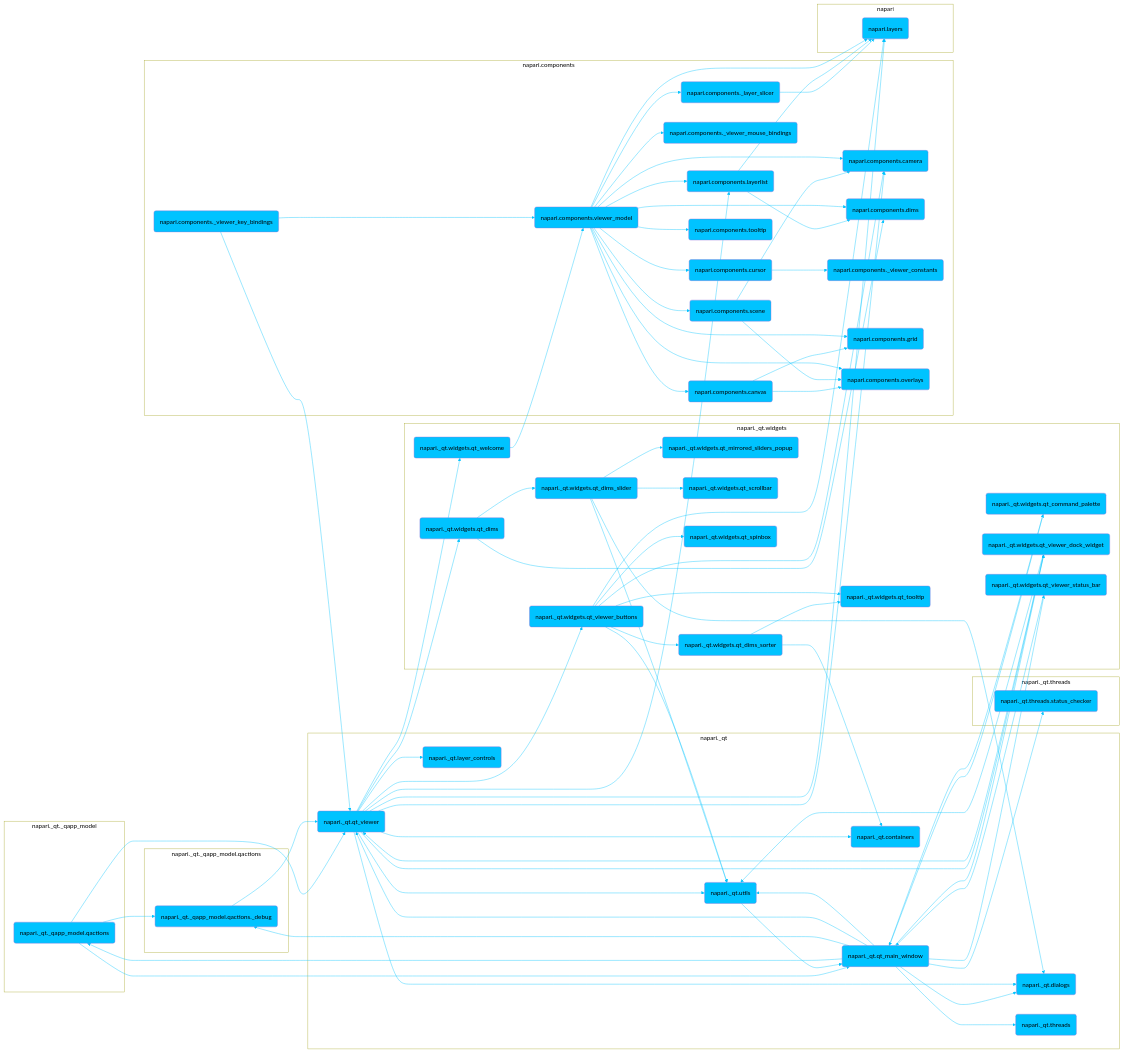
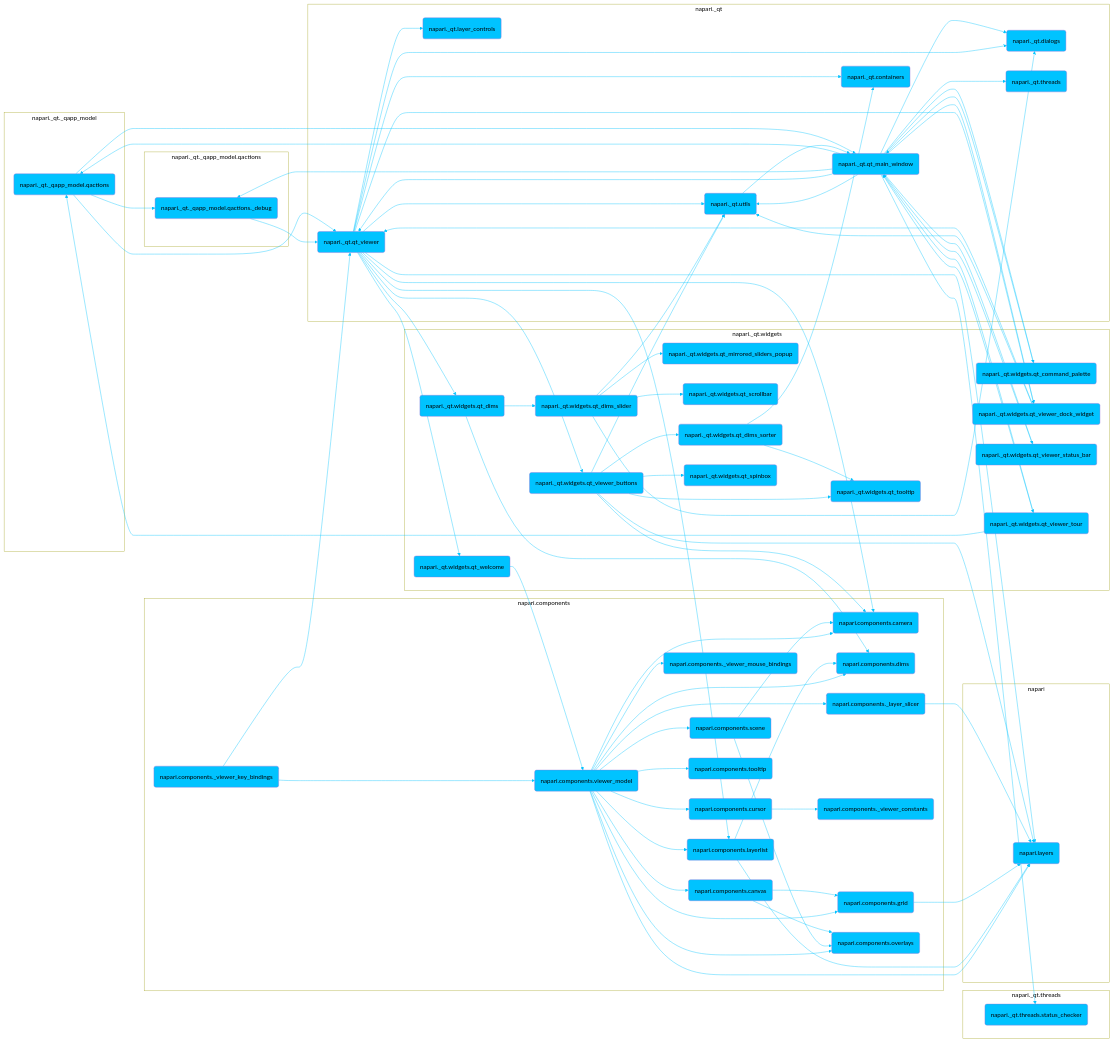
The diagram in 0.9.0/_sources/developers/architecture/ui_sections/viewer_ui.md (napari/napari.github.io), drawn with Mermaid before and after one commit. The commit also changed other lines of this file and 964 other files, not shown here.

```diff
--- a/0.9.0/_sources/developers/architecture/ui_sections/viewer_ui.md
+++ b/0.9.0/_sources/developers/architecture/ui_sections/viewer_ui.md
@@ -29,6 +29,7 @@
 	napari._qt.qt_main_window --> napari._qt.widgets.qt_command_palette
 	napari._qt.qt_main_window --> napari._qt.widgets.qt_viewer_dock_widget
 	napari._qt.qt_main_window --> napari._qt.widgets.qt_viewer_status_bar
+	napari._qt.qt_main_window --> napari._qt.widgets.qt_viewer_tour
 	click napari._qt.qt_main_window "https://github.com/napari/napari/tree/main/napari/_qt/qt_main_window.py" _blank
 	napari._qt.qt_viewer(napari._qt.qt_viewer)
 	napari._qt.qt_viewer --> napari._qt.containers
@@ -90,6 +91,10 @@
 	napari._qt.widgets.qt_viewer_status_bar(napari._qt.widgets.qt_viewer_status_bar)
 	napari._qt.widgets.qt_viewer_status_bar --> napari._qt.qt_main_window
 	click napari._qt.widgets.qt_viewer_status_bar "https://github.com/napari/napari/tree/main/napari/_qt/widgets/qt_viewer_status_bar.py" _blank
+	napari._qt.widgets.qt_viewer_tour(napari._qt.widgets.qt_viewer_tour)
+	napari._qt.widgets.qt_viewer_tour --> napari._qt._qapp_model.qactions
+	napari._qt.widgets.qt_viewer_tour --> napari._qt.qt_main_window
+	click napari._qt.widgets.qt_viewer_tour "https://github.com/napari/napari/tree/main/napari/_qt/widgets/qt_viewer_tour.py" _blank
 	napari._qt.widgets.qt_welcome(napari._qt.widgets.qt_welcome)
 	napari._qt.widgets.qt_welcome --> napari.components.viewer_model
 	click napari._qt.widgets.qt_welcome "https://github.com/napari/napari/tree/main/napari/_qt/widgets/qt_welcome.py" _blank
@@ -116,6 +121,7 @@
 	napari.components.dims(napari.components.dims)
 	click napari.components.dims "https://github.com/napari/napari/tree/main/napari/components/dims.py" _blank
 	napari.components.grid(napari.components.grid)
+	napari.components.grid --> napari.layers
 	click napari.components.grid "https://github.com/napari/napari/tree/main/napari/components/grid.py" _blank
 	napari.components.layerlist(napari.components.layerlist)
 	napari.components.layerlist --> napari.components.dims
@@ -179,6 +185,7 @@
 		 napari._qt.widgets.qt_viewer_buttons
 		 napari._qt.widgets.qt_viewer_dock_widget
 		 napari._qt.widgets.qt_viewer_status_bar
+		 napari._qt.widgets.qt_viewer_tour
 		 napari._qt.widgets.qt_welcome
 	end
 	class module.napari._qt.widgets subgraphs
```
